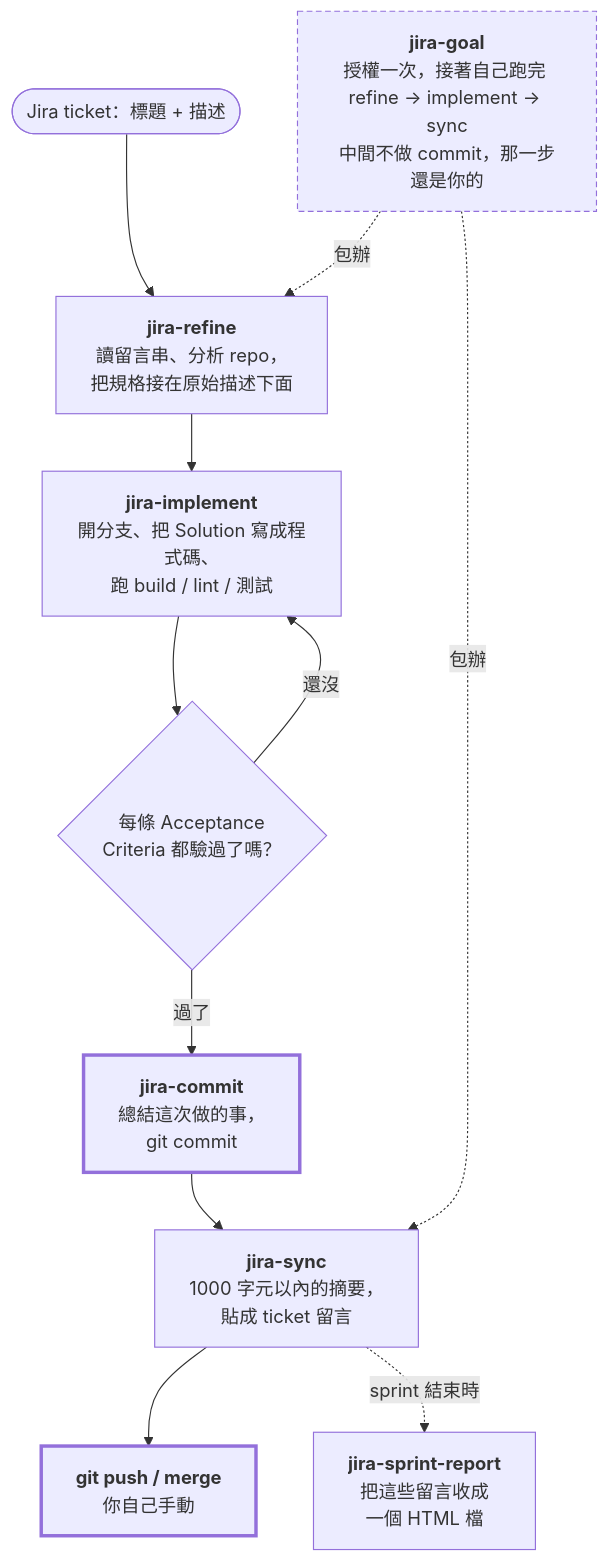
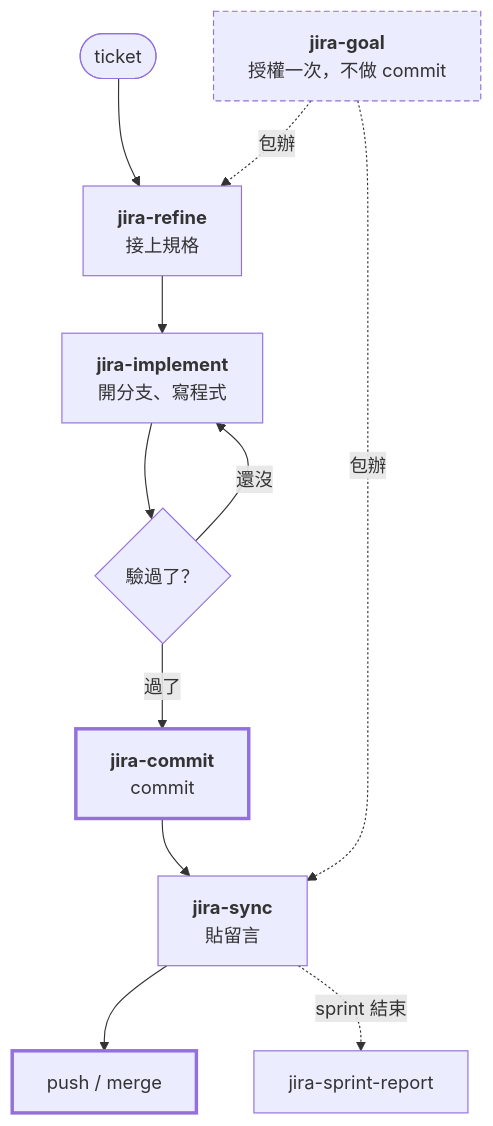
The first of 2 diagrams in README.zh-TW.md (shinn716/jira-skills), drawn with Mermaid before and after one commit. The commit also changed other lines of this file and 1 other file, not shown here.

First line of the commit message:
Shrink the README diagrams

````diff
--- a/README.zh-TW.md
+++ b/README.zh-TW.md
@@ -24,26 +24,15 @@
 ```mermaid
 flowchart TD
-    ticket([Jira ticket：標題 + 描述]) --> refine
-
-    refine["<b>jira-refine</b><br/>讀留言串、分析 repo，<br/>把規格接在原始描述下面"]
-    implement["<b>jira-implement</b><br/>開分支、把 Solution 寫成程式碼、<br/>跑 build / lint / 測試"]
-    check{"每條 Acceptance<br/>Criteria 都驗過了嗎？"}
-    commit["<b>jira-commit</b><br/>總結這次做的事，<br/>git commit"]
-    sync["<b>jira-sync</b><br/>1000 字元以內的摘要，<br/>貼成 ticket 留言"]
-    push["<b>git push / merge</b><br/>你自己手動"]
-    report["<b>jira-sprint-report</b><br/>把這些留言收成<br/>一個 HTML 檔"]
-
-    goal["<b>jira-goal</b><br/>授權一次，接著自己跑完 refine → implement → sync<br/>中間不做 commit，那一步還是你的"]
-
-    refine --> implement --> check
+    ticket([ticket]) --> refine
+    refine["<b>jira-refine</b><br/>接上規格"] --> implement["<b>jira-implement</b><br/>開分支、寫程式"] --> check{"驗過了？"}
     check -- 還沒 --> implement
-    check -- 過了 --> commit --> sync --> push
-    sync -. sprint 結束時 .-> report
-    goal -. 包辦 .-> refine
+    check -- 過了 --> commit["<b>jira-commit</b><br/>commit"] --> sync["<b>jira-sync</b><br/>貼留言"] --> push["push / merge"]
+    sync -. sprint 結束 .-> report["jira-sprint-report"]
+    goal["<b>jira-goal</b><br/>授權一次，不做 commit"] -. 包辦 .-> refine
     goal -. 包辦 .-> sync
 
     classDef human stroke-width:3px
     classDef auto stroke-dasharray:5 3
     class commit,push human
     class goal auto
 ```
````
